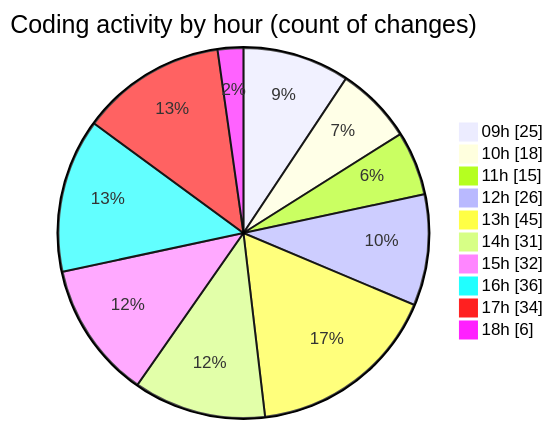
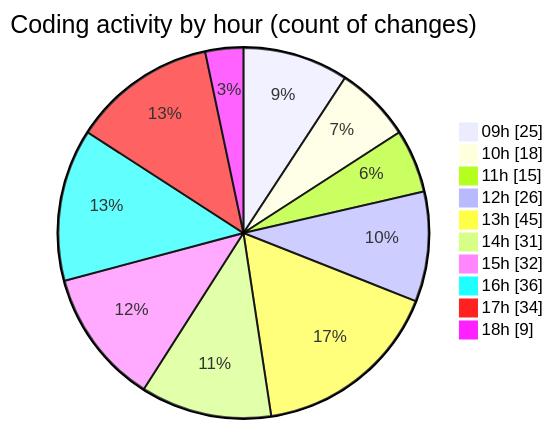
One commit to momahboobian/code-tracking changed the second of 2 diagrams in 2025-03-13/cda/README.md. Above: the diagram before and after it, drawn with Mermaid. The commit also changed other lines of this file and 1 other file, not shown here.

````diff
--- a/2025-03-13/cda/README.md
+++ b/2025-03-13/cda/README.md
@@ -44,14 +44,14 @@
 ```mermaid
 pie showData
 title Coding activity by hour (count of changes)
 "09h" : 25
 "10h" : 18
 "11h" : 15
 "12h" : 26
 "13h" : 45
 "14h" : 31
 "15h" : 32
 "16h" : 36
 "17h" : 34
-"18h" : 6
+"18h" : 9
 ```
````
